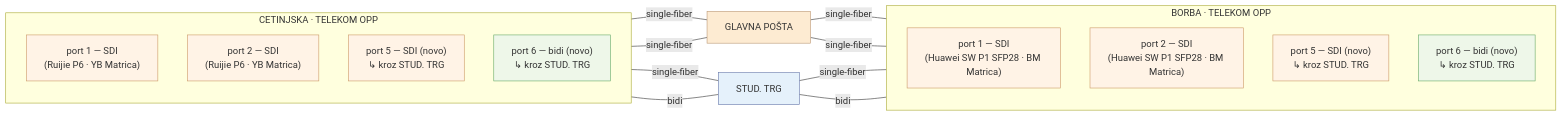
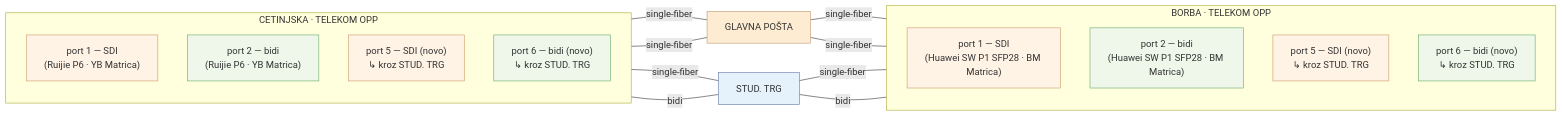
The diagram in diagrams/cetinjska_borba.mmd (slavkovukelic/ringier), drawn with Mermaid before and after one commit. The commit also changed 4 other files, not shown here.

```diff
--- a/diagrams/cetinjska_borba.mmd
+++ b/diagrams/cetinjska_borba.mmd
@@ -1,38 +1,38 @@
 flowchart LR
 
 %% LOKACIJE
 subgraph CET["CETINJSKA · TELEKOM OPP"]
 direction TB
   CET1["port 1 — SDI\n(Ruijie P6 · YB Matrica)"]:::sdi
-  CET2["port 2 — SDI\n(Ruijie P6 · YB Matrica)"]:::sdi
+  CET2["port 2 — bidi\n(Ruijie P6 · YB Matrica)"]:::bidi
   CET5["port 5 — SDI (novo)\n↳ kroz STUD. TRG"]:::sdi
   CET6["port 6 — bidi (novo)\n↳ kroz STUD. TRG"]:::bidi
 end
 
 subgraph BOR["BORBA · TELEKOM OPP"]
 direction TB
   BOR1["port 1 — SDI\n(Huawei SW P1 SFP28 · BM Matrica)"]:::sdi
-  BOR2["port 2 — SDI\n(Huawei SW P1 SFP28 · BM Matrica)"]:::sdi
+  BOR2["port 2 — bidi\n(Huawei SW P1 SFP28 · BM Matrica)"]:::bidi
   BOR5["port 5 — SDI (novo)\n↳ kroz STUD. TRG"]:::sdi
   BOR6["port 6 — bidi (novo)\n↳ kroz STUD. TRG"]:::bidi
 end
 
 %% TRANZITNI ČVOROVI
 GP["GLAVNA POŠTA"]:::gp
 ST["STUD. TRG"]:::st
 
 %% VEZE — SINGLE-FIBER
 CET1 ---|"single-fiber"| GP ---|"single-fiber"| BOR1
 CET2 ---|"single-fiber"| GP ---|"single-fiber"| BOR2
 
 CET5 ---|"single-fiber"| ST ---|"single-fiber"| BOR5
 
 %% VEZE — BIDI (2 vlakna / port-par)
 CET6 -- "bidi" --- ST -- "bidi" --- BOR6
 
 %% STILOVI
 classDef sdi fill:#fff3e6,stroke:#c96,stroke-width:1px;
 classDef free fill:#f7f7f7,stroke:#bbb,stroke-width:1px,stroke-dasharray:3 2;
 classDef gp fill:#fdebd2,stroke:#b97,stroke-width:1px;
 classDef st fill:#e5f1fb,stroke:#67a,stroke-width:1px;
 classDef bidi fill:#eef7e9,stroke:#6a6,stroke-width:1px;
```
